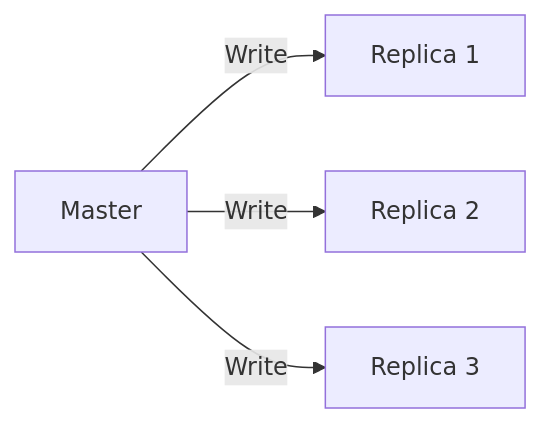
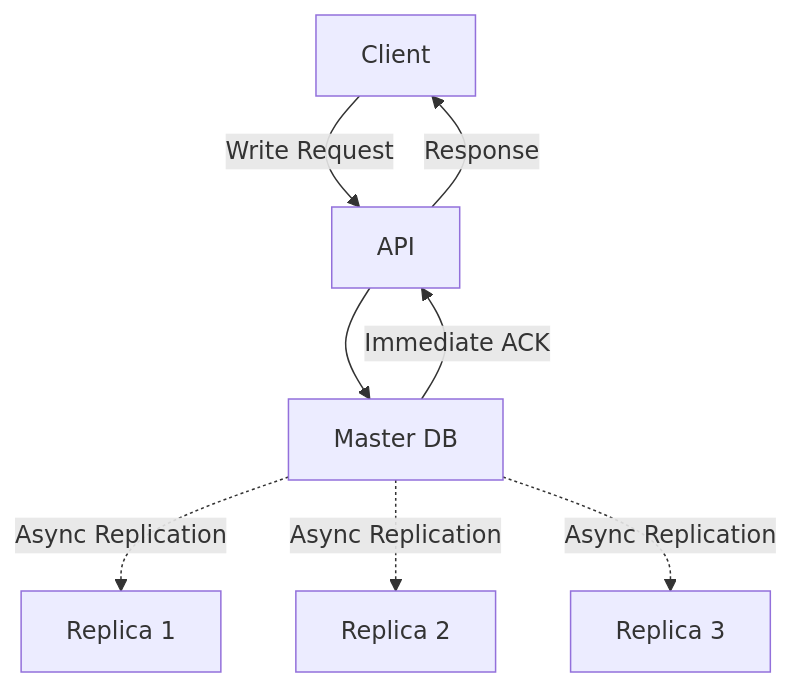
The fourth of 4 diagrams in databases/scaling-db.md (tdadadavid/sd-journal), drawn with Mermaid before and after one commit. The commit also changed other lines of this file, not shown here.

````diff
--- a/databases/scaling-db.md
+++ b/databases/scaling-db.md
@@ -87,6 +90,11 @@
 ```mermaid
-graph LR
-    A[Master] -->|Write| B[Replica 1]
-    A -->|Write| C[Replica 2]
-    A -->|Write| D[Replica 3]
+flowchart TB
+    Client -->|Write Request| API
+    API --> Master["Master DB"]
+    Master -->|Immediate ACK| API
+    API -->|Response| Client
+
+    Master -.->|Async Replication| R1["Replica 1"]
+    Master -.->|Async Replication| R2["Replica 2"]
+    Master -.->|Async Replication| R3["Replica 3"]
 ```
````
